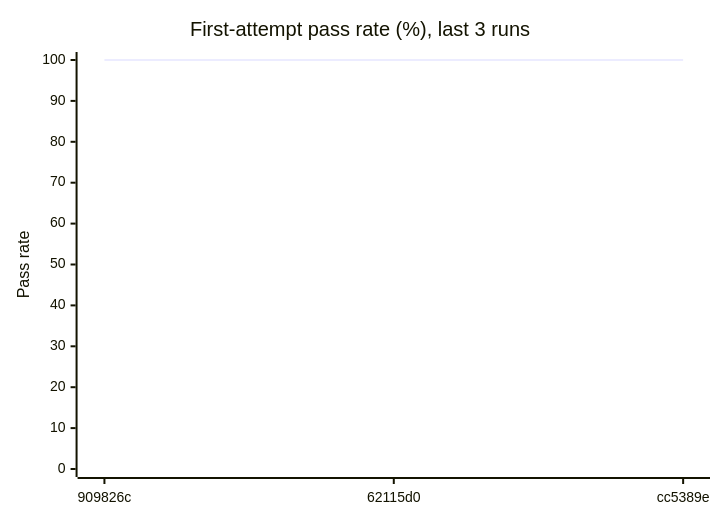
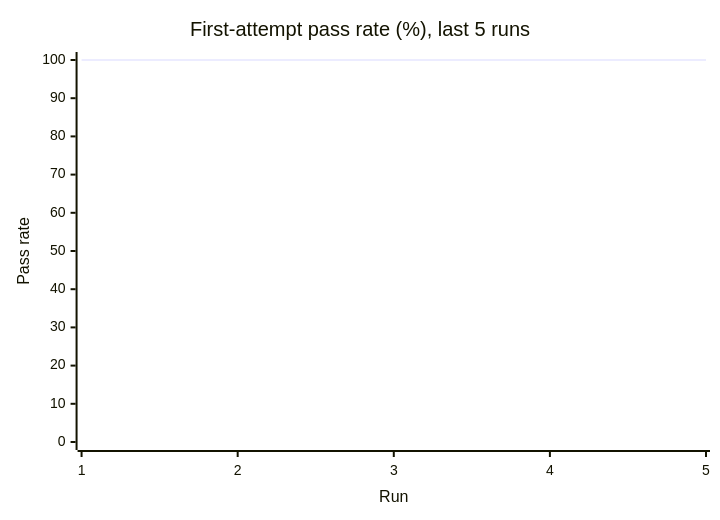
One commit to Shirojoufu/DORA-Metrics changed the first of 3 diagrams in reports/summary.md. Above: the diagram before and after it, drawn with Mermaid. The commit also changed other lines of this file and 5 other files, not shown here.

````diff
--- a/reports/summary.md
+++ b/reports/summary.md
@@ -17,7 +17,7 @@
 ```mermaid
 xychart-beta
-    title "First-attempt pass rate (%), last 3 runs"
-    x-axis ["909826c", "62115d0", "cc5389e"]
+    title "First-attempt pass rate (%), last 5 runs"
+    x-axis "Run" [1, 2, 3, 4, 5]
     y-axis "Pass rate" 0 --> 100
-    line [100.0, 100.0, 100.0]
+    line [100.0, 100.0, 100.0, 100.0, 100.0]
 ```
````
